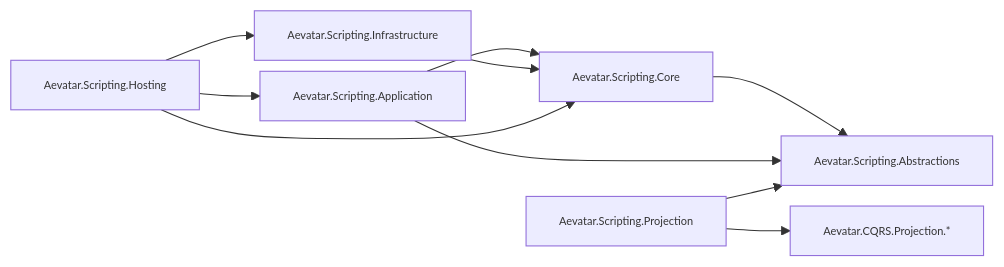
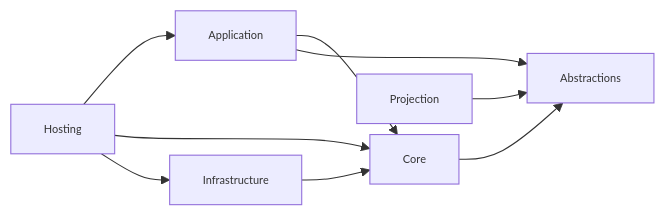
Before and after one commit to aevatarAI/aevatar: the first of 2 diagrams in docs/SCRIPTING_ARCHITECTURE.md, drawn with Mermaid. The commit also changed other lines of this file and 70 other files, not shown here.

First line of the commit message:
Refactor Aevatar.Scripting architecture to implement dual-channel evolution capabilities

````diff
--- a/docs/SCRIPTING_ARCHITECTURE.md
+++ b/docs/SCRIPTING_ARCHITECTURE.md
@@ -43,21 +37,19 @@
 ```mermaid
 %%{init: {"maxTextSize": 100000, "flowchart": {"useMaxWidth": false, "nodeSpacing": 10, "rankSpacing": 50}, "themeVariables": {"fontSize": "10px"}}}%%
 flowchart LR
-    ABS["Aevatar.Scripting.Abstractions"]
-    CORE["Aevatar.Scripting.Core"]
-    APP["Aevatar.Scripting.Application"]
-    INFRA["Aevatar.Scripting.Infrastructure"]
-    HOST["Aevatar.Scripting.Hosting"]
-    PROJ["Aevatar.Scripting.Projection"]
-    CQRS["Aevatar.CQRS.Projection.*"]
+    ABS["Abstractions"]
+    CORE["Core"]
+    APP["Application"]
+    INFRA["Infrastructure"]
+    HOST["Hosting"]
+    PROJ["Projection"]
 
     CORE --> ABS
     APP --> CORE
     APP --> ABS
     INFRA --> CORE
     HOST --> APP
     HOST --> CORE
     HOST --> INFRA
     PROJ --> ABS
-    PROJ --> CQRS
 ```
````
